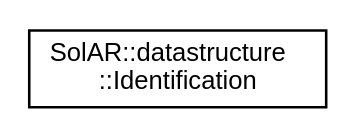
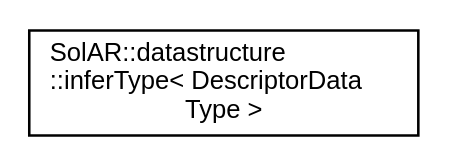
The diagram in api_documentation/inherit_graph_18.dot (SolarFramework/solarframework.github.io), drawn with Graphviz before and after one commit. The commit also changed 84 other files, not shown here.

```diff
--- a/api_documentation/inherit_graph_18.dot
+++ b/api_documentation/inherit_graph_18.dot
@@ -1,7 +1,7 @@
 digraph "Graphical Class Hierarchy"
 {
   edge [fontname="Helvetica",fontsize="10",labelfontname="Helvetica",labelfontsize="10"];
   node [fontname="Helvetica",fontsize="10",shape=record];
   rankdir="LR";
-  Node0 [label="SolAR::datastructure\l::Identification",height=0.2,width=0.4,color="black", fillcolor="white", style="filled",URL="$class_sol_a_r_1_1datastructure_1_1_identification.html",tooltip="This component includes identification informations specified a map. "];
+  Node0 [label="SolAR::datastructure\l::inferType\< DescriptorData\lType \>",height=0.2,width=0.4,color="black", fillcolor="white", style="filled",URL="$struct_sol_a_r_1_1datastructure_1_1infer_type.html"];
 }
```
